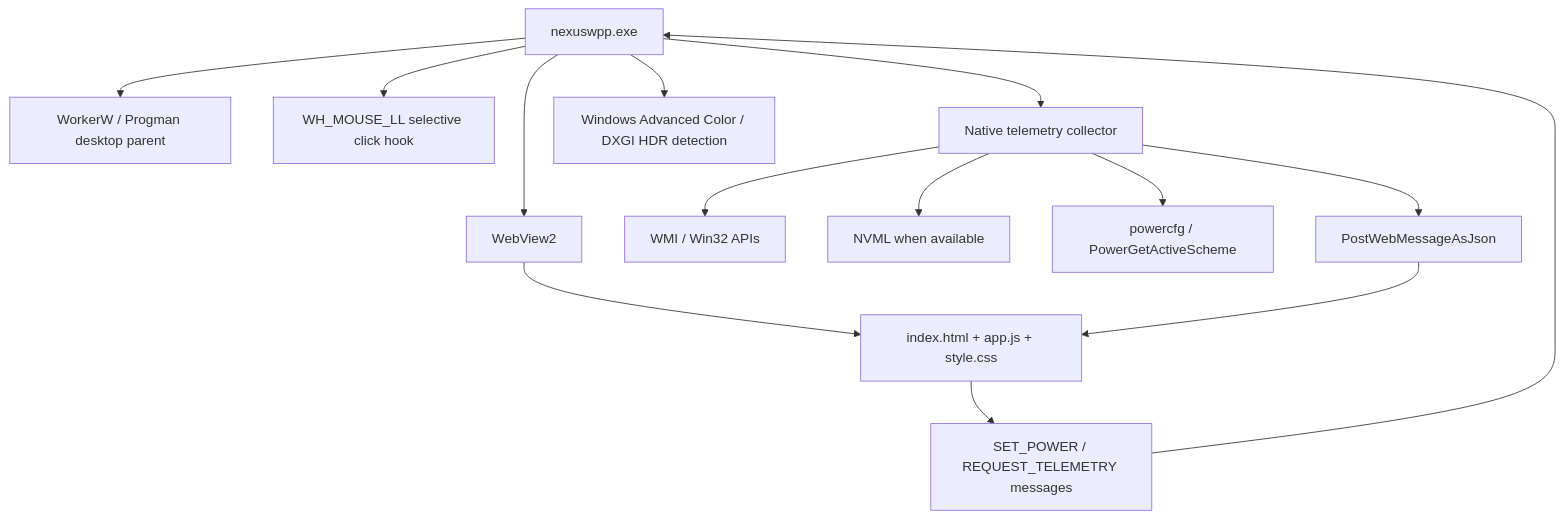
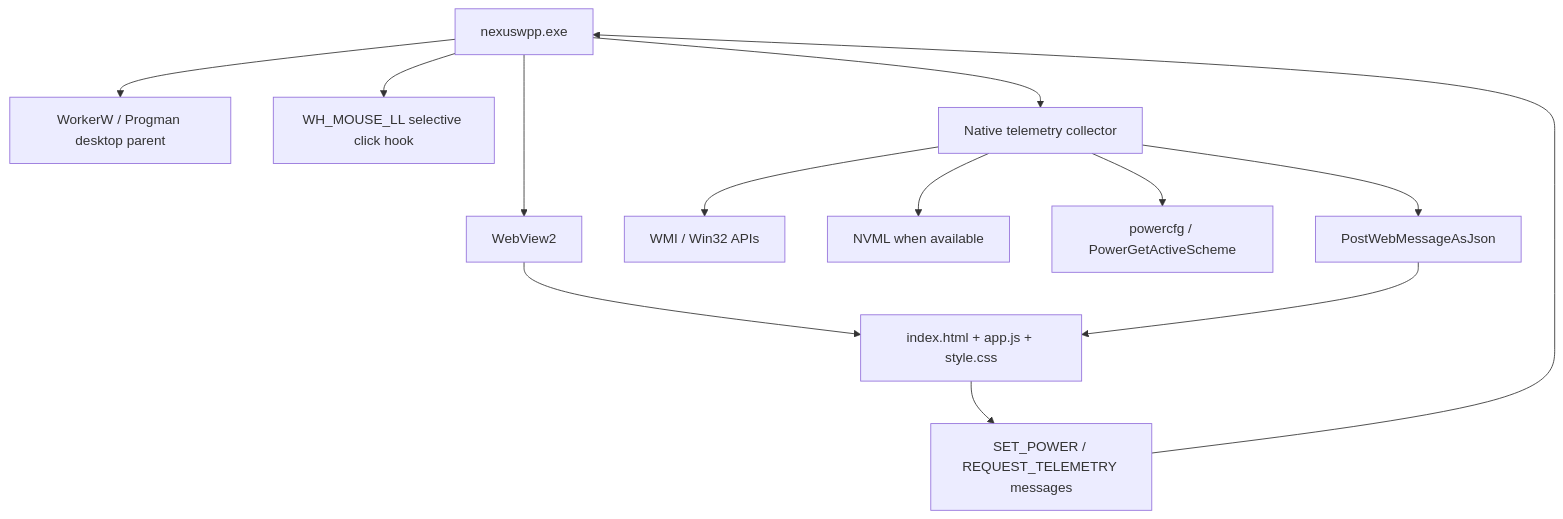
One commit to pironjulien/NexusWpp changed the diagram in ARCHITECTURE.md. Above: the diagram before and after it, drawn with Mermaid. The commit also changed other lines of this file and 12 other files, not shown here.

````diff
--- a/ARCHITECTURE.md
+++ b/ARCHITECTURE.md
@@ -5,16 +5,15 @@
 ```mermaid
 graph TD
     EXE[nexuswpp.exe] --> WV[WebView2]
     EXE --> DESK[WorkerW / Progman desktop parent]
     EXE --> HOOK[WH_MOUSE_LL selective click hook]
     EXE --> TEL[Native telemetry collector]
-    EXE --> HDR[Windows Advanced Color / DXGI HDR detection]
     TEL --> WMI[WMI / Win32 APIs]
     TEL --> NVML[NVML when available]
     TEL --> POWER[powercfg / PowerGetActiveScheme]
     WV --> UI[index.html + app.js + style.css]
     TEL --> MSG[PostWebMessageAsJson]
     MSG --> UI
     UI --> CMD[SET_POWER / REQUEST_TELEMETRY messages]
     CMD --> EXE
 ```
````
